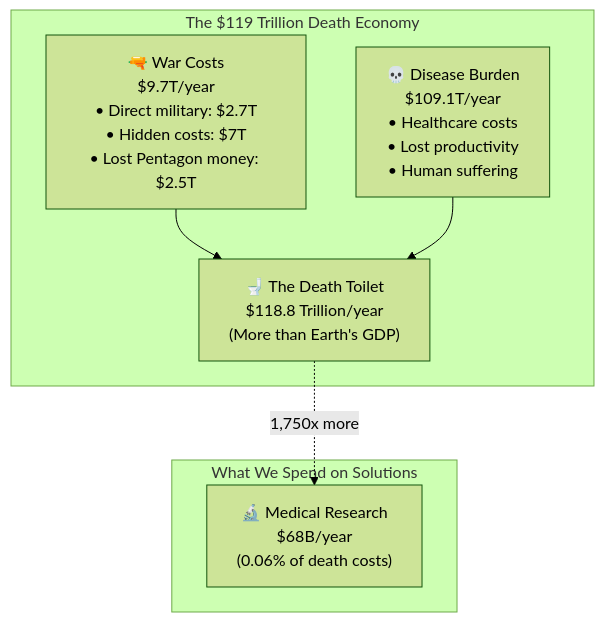
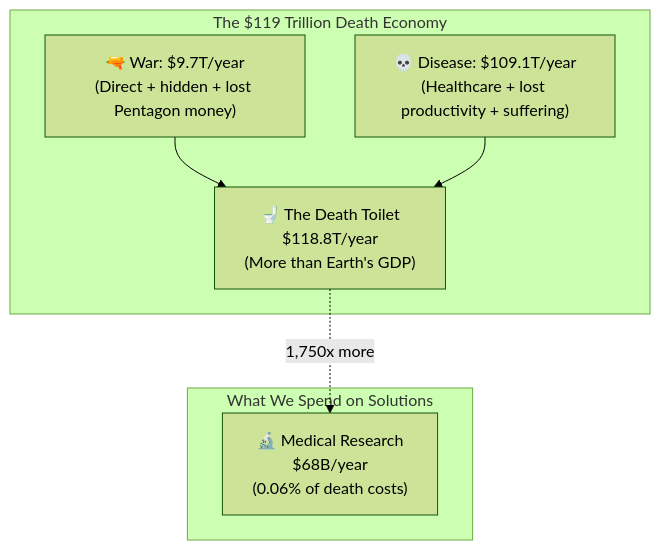
The second of 6 diagrams in index.qmd (mikepsinn/disease-eradication-plan), drawn with Mermaid (forest theme) before and after one commit. The commit also changed other lines of this file and 1 other file, not shown here.

````diff
--- a/index.qmd
+++ b/index.qmd
@@ -102,16 +96,16 @@
 ```{mermaid}
 flowchart TD
     subgraph "The $119 Trillion Death Economy"
-        War["🔫 War Costs<br/>$9.7T/year<br/>• Direct military: $2.7T<br/>• Hidden costs: $7T<br/>• Lost Pentagon money: $2.5T"]
-        Disease["💀 Disease Burden<br/>$109.1T/year<br/>• Healthcare costs<br/>• Lost productivity<br/>• Human suffering"]
+        War["🔫 War: $9.7T/year<br/>(Direct + hidden + lost Pentagon money)"]
+        Disease["💀 Disease: $109.1T/year<br/>(Healthcare + lost productivity + suffering)"]
 
-        War --> DeathToilet["🚽 The Death Toilet<br/>$118.8 Trillion/year<br/>(More than Earth's GDP)"]
+        War --> DeathToilet["🚽 The Death Toilet<br/>$118.8T/year<br/>(More than Earth's GDP)"]
         Disease --> DeathToilet
     end
 
     subgraph "What We Spend on Solutions"
         Research["🔬 Medical Research<br/>$68B/year<br/>(0.06% of death costs)"]
     end
 
     DeathToilet -.->|"1,750x more"| Research
 ```
````
